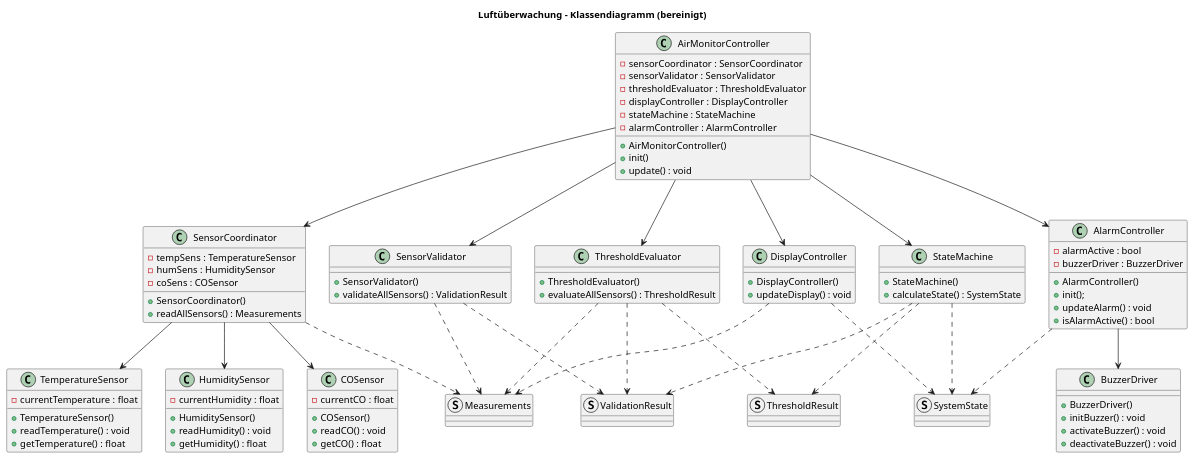
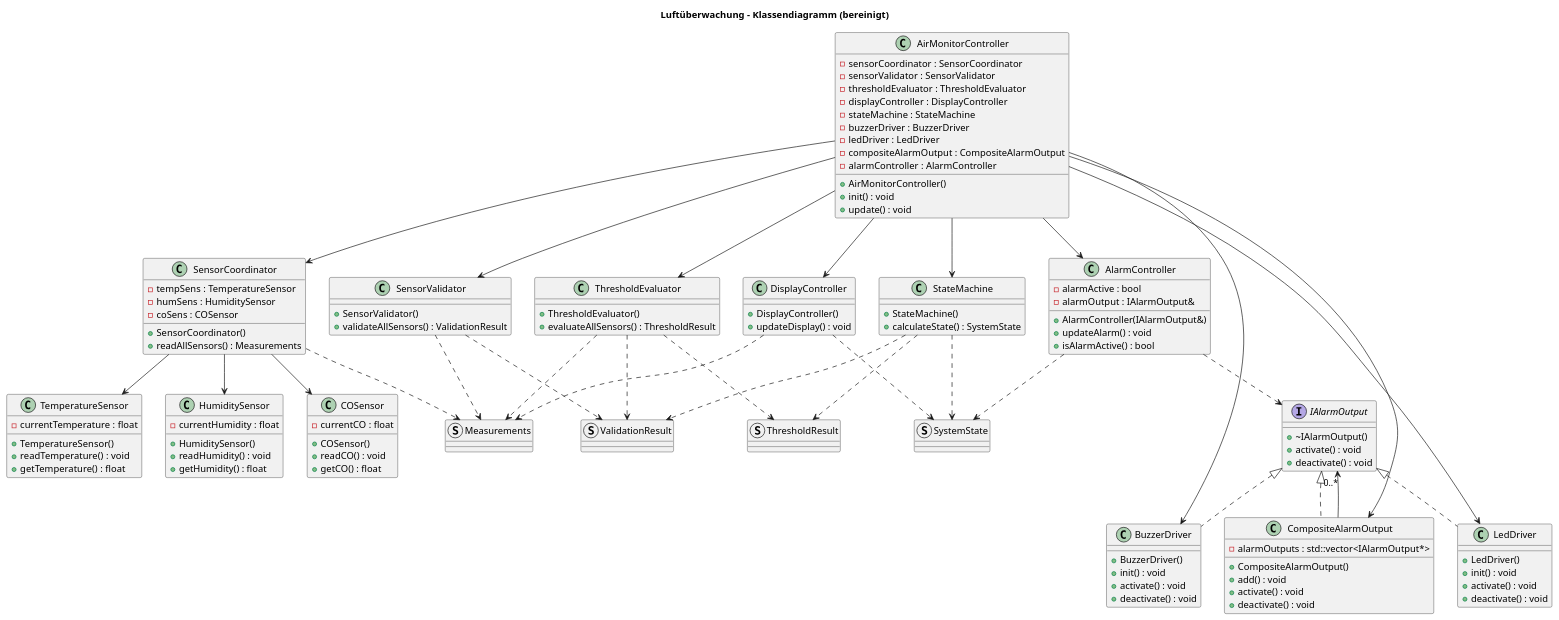
The diagram in docs/Klassen.puml (KennethK88/RoomClimateNode), drawn with PlantUML before and after one commit. The commit also changed 1 other file, not shown here.

Commit message:
Kenneth/UML aktualisiert, const in update() des AirMonitorControllers hinzugefügt

```diff
--- a/docs/Klassen.puml
+++ b/docs/Klassen.puml
@@ -1,128 +1,162 @@
 @startuml
 title Luftüberwachung – Klassendiagramm (bereinigt)
 
 ' ===== Klassen =====
 class TemperatureSensor
 {
     -currentTemperature : float
     +TemperatureSensor()
     +readTemperature() : void
     +getTemperature() : float
 }
 class HumiditySensor
 {
     -currentHumidity : float
     +HumiditySensor()
     +readHumidity() : void
     +getHumidity() : float
 }
 class COSensor
 {
     -currentCO : float
     +COSensor()
     +readCO() : void
     +getCO() : float
 }
 
 class SensorCoordinator
 {
     -tempSens : TemperatureSensor
     -humSens : HumiditySensor
     -coSens : COSensor
     +SensorCoordinator()
     +readAllSensors() : Measurements
 }
 
 class SensorValidator
 {
     +SensorValidator()
     +validateAllSensors() : ValidationResult   
 } 
 
 class ThresholdEvaluator
 {
     +ThresholdEvaluator()
     +evaluateAllSensors() : ThresholdResult
 }
 
 class StateMachine
 {
     +StateMachine()
     +calculateState() : SystemState
 }
 class DisplayController
 {
     +DisplayController()
     +updateDisplay() : void
 }
 
 class AlarmController
 {
     -alarmActive : bool
-    -buzzerDriver : BuzzerDriver
-    +AlarmController()
-    +init();
+    -alarmOutput : IAlarmOutput&
+    +AlarmController(IAlarmOutput&)
     +updateAlarm() : void
     +isAlarmActive() : bool
 }
 
 class AirMonitorController
 {
     -sensorCoordinator : SensorCoordinator
     -sensorValidator : SensorValidator
     -thresholdEvaluator : ThresholdEvaluator
     -displayController : DisplayController
     -stateMachine : StateMachine
+    -buzzerDriver : BuzzerDriver
+    -ledDriver : LedDriver
+    -compositeAlarmOutput : CompositeAlarmOutput
     -alarmController : AlarmController
     +AirMonitorController()
-    +init()
+    +init() : void
     +update() : void
 }
 
 class BuzzerDriver
 {
     +BuzzerDriver()
-    +initBuzzer() : void
-    +activateBuzzer() : void
-    +deactivateBuzzer() : void
+    +init() : void
+    +activate() : void
+    +deactivate() : void
+}
+
+class LedDriver
+{
+    +LedDriver()
+    +init() : void
+    +activate() : void
+    +deactivate() : void
+}
+
+interface IAlarmOutput
+{
+    +~IAlarmOutput()
+    +activate() : void
+    +deactivate() : void
+}
+
+class CompositeAlarmOutput
+{
+    -alarmOutputs : std::vector<IAlarmOutput*>
+    +CompositeAlarmOutput()
+    +add() : void
+    +activate() : void
+    +deactivate() : void
 }
 
 struct Measurements
 struct ValidationResult
 struct ThresholdResult
 struct SystemState
 
 ' ===== Besitz / feste Abhängigkeiten =====
 AirMonitorController --> SensorCoordinator
 AirMonitorController --> SensorValidator
 AirMonitorController --> ThresholdEvaluator
 AirMonitorController --> StateMachine
 AirMonitorController --> DisplayController
+AirMonitorController --> BuzzerDriver
+AirMonitorController --> LedDriver
+AirMonitorController --> CompositeAlarmOutput
 AirMonitorController --> AlarmController
 
 SensorCoordinator --> TemperatureSensor
 SensorCoordinator --> HumiditySensor
 SensorCoordinator --> COSensor
 
-AlarmController --> BuzzerDriver
+CompositeAlarmOutput --> "0..*" IAlarmOutput
 
 ' ===== Nutzung / Datenfluss =====
 SensorValidator ..> Measurements
 SensorValidator ..> ValidationResult
 
 ThresholdEvaluator ..> Measurements
 ThresholdEvaluator ..> ValidationResult
 ThresholdEvaluator ..> ThresholdResult
 
 StateMachine ..> ValidationResult
 StateMachine ..> ThresholdResult
 StateMachine ..> SystemState
 
 SensorCoordinator ..> Measurements
 
 DisplayController ..> Measurements
 DisplayController ..> SystemState
 
 AlarmController ..> SystemState
+AlarmController ..> IAlarmOutput
+
+IAlarmOutput <|.. BuzzerDriver
+IAlarmOutput <|.. LedDriver
+IAlarmOutput <|.. CompositeAlarmOutput
 
 @enduml
```
